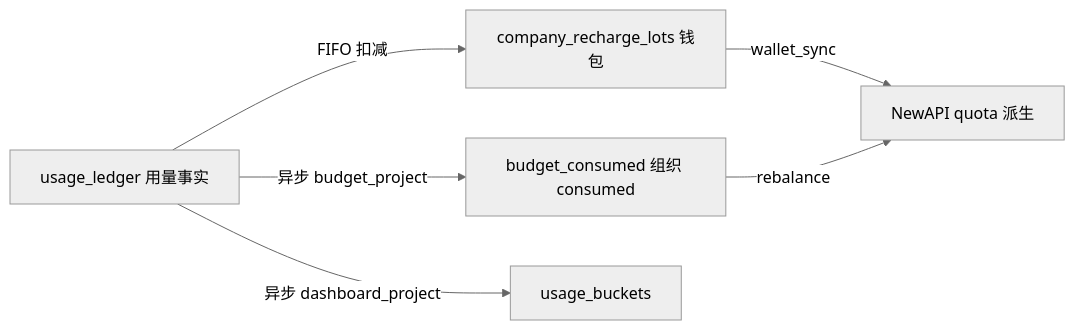
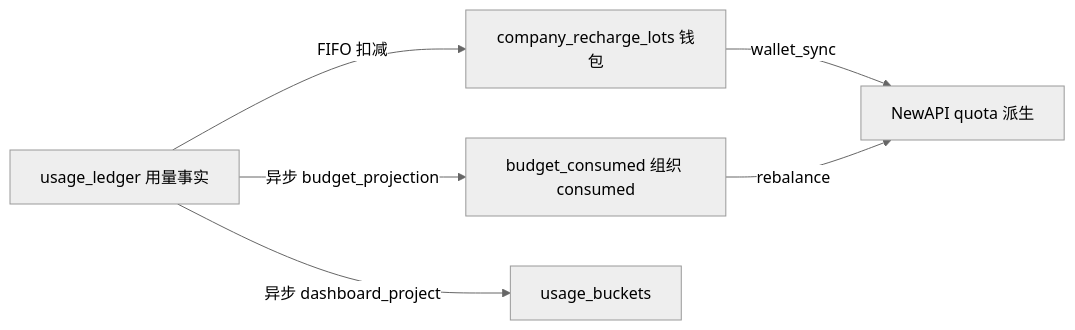
The second of 6 diagrams in docs/架构评审-系统与数据模型.md (quyip8818/mytokenjoy), drawn with Mermaid (neutral theme) before and after one commit. The commit also changed other lines of this file and 175 other files, not shown here.

````diff
--- a/docs/架构评审-系统与数据模型.md
+++ b/docs/架构评审-系统与数据模型.md
@@ -54,12 +54,12 @@
 ```mermaid
 flowchart LR
   UL[usage_ledger 用量事实]
   BS[budget_consumed 组织 consumed]
   LOT[company_recharge_lots 钱包]
 
-  UL -->|异步 budget_project| BS
+  UL -->|异步 budget_projection| BS
   UL -->|异步 dashboard_project| UB[usage_buckets]
   UL -->|FIFO 扣减| LOT
   LOT -->|wallet_sync| NAQ[NewAPI quota 派生]
   BS -->|rebalance| NAQ
 ```
````
